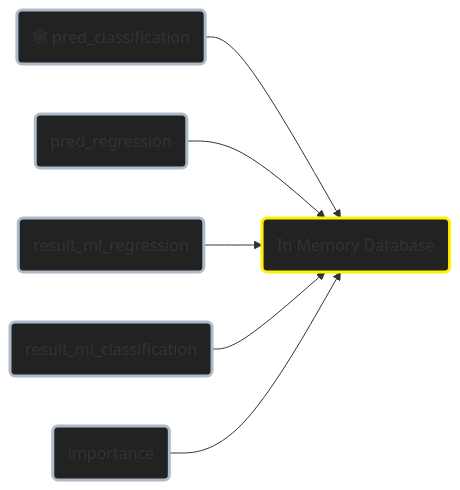
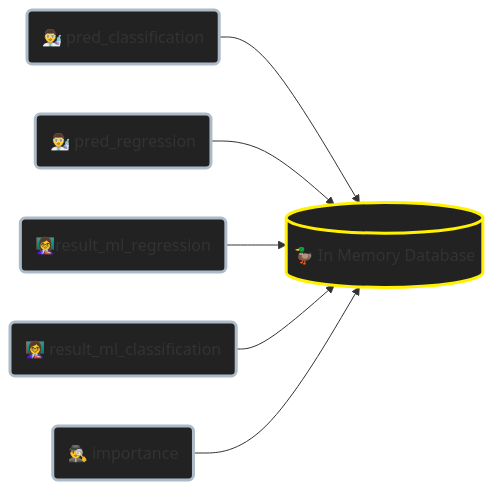
The diagram in README.md (CDucloux/Wine-Scraping), drawn with Mermaid before and after one commit. The commit also changed other lines of this file, not shown here.

Commit message:
Modif Readme encore

````diff
--- a/README.md
+++ b/README.md
@@ -102,15 +102,15 @@
 ```mermaid
 graph LR;
-A("🕸 pred_classification")-->F;
-B("pred_regression")-->F;
-C("result_ml_regression")-->F;
-D("result_ml_classification")-->F;
-E("importance")-->F("In Memory Database");
+A("👨‍🔬 pred_classification")-->F;
+B("👨‍🔬 pred_regression")-->F;
+C("👩‍🏫result_ml_regression")-->F;
+D("👩‍🏫 result_ml_classification")-->F;
+E("🕵️‍♂️ importance")-->F[("🦆 In Memory Database")];
 
 style A stroke:#adbac7,stroke-width:3px, fill:#222222;
 style B stroke:#adbac7,stroke-width:3px, fill:#222222;
 style C stroke:#adbac7,stroke-width:3px, fill:#222222;
 style D stroke:#adbac7,stroke-width:3px, fill:#222222;
 style E stroke:#adbac7,stroke-width:3px, fill:#222222;
 style F stroke:#fff100,stroke-width:3px, fill:#222222;
 ```
````
